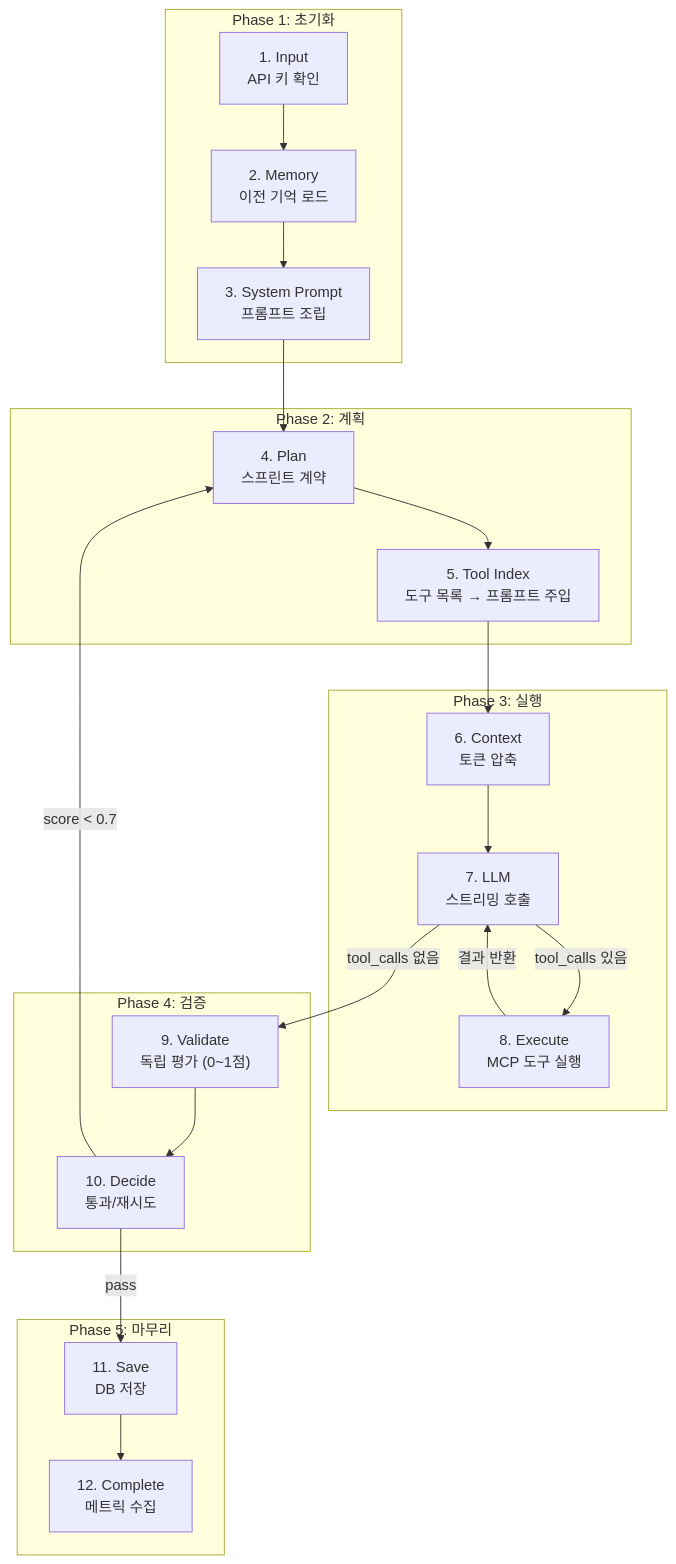
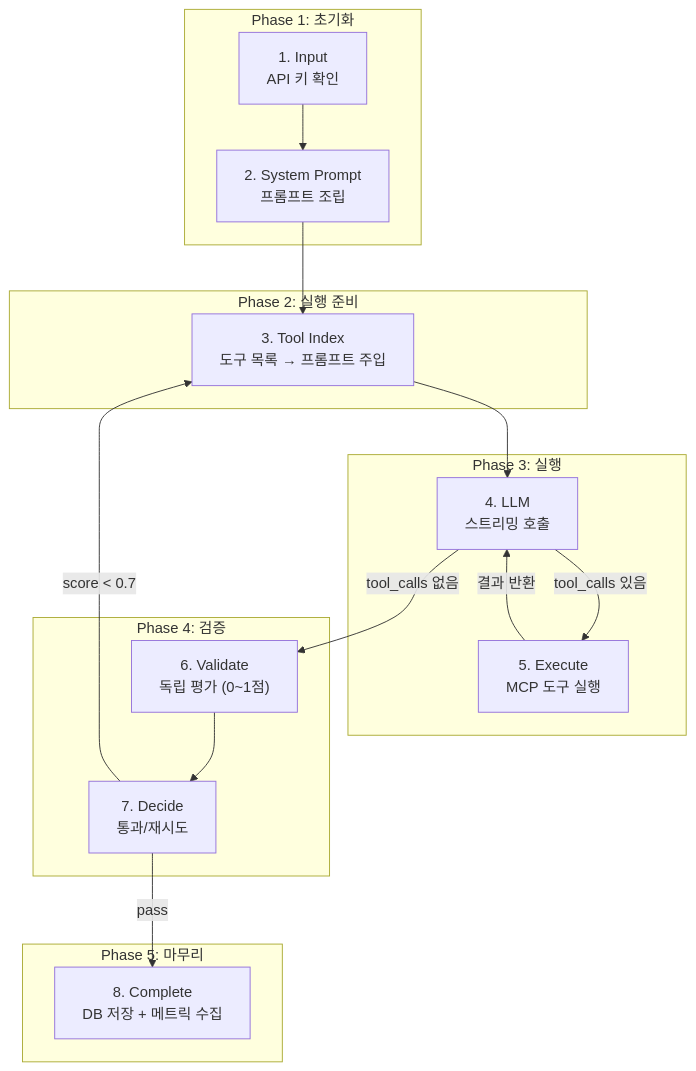
Before and after one commit to jinsoo96/xgen-harness-executor: the second of 3 diagrams in README.md, drawn with Mermaid. The commit also changed other lines of this file, not shown here.

Commit message:
README 업데이트: 8단계 반영 + Plan 완전 삭제 + 다이어그램/테이블/예시 전부 수정

````diff
--- a/README.md
+++ b/README.md
@@ -158,30 +158,26 @@
 ```mermaid
 graph TD
     subgraph "Phase 1: 초기화"
-        S1["1. Input<br/>API 키 확인"] --> S2["2. Memory<br/>이전 기억 로드"]
-        S2 --> S3["3. System Prompt<br/>프롬프트 조립"]
+        S1["1. Input<br/>API 키 확인"] --> S2["2. System Prompt<br/>프롬프트 조립"]
     end
 
-    subgraph "Phase 2: 계획"
-        S3 --> S4["4. Plan<br/>스프린트 계약"]
-        S4 --> S5["5. Tool Index<br/>도구 목록 → 프롬프트 주입"]
+    subgraph "Phase 2: 실행 준비"
+        S2 --> S3["3. Tool Index<br/>도구 목록 → 프롬프트 주입"]
     end
 
     subgraph "Phase 3: 실행"
-        S5 --> S6["6. Context<br/>토큰 압축"]
-        S6 --> S7["7. LLM<br/>스트리밍 호출"]
-        S7 -->|"tool_calls 있음"| S8["8. Execute<br/>MCP 도구 실행"]
-        S8 -->|"결과 반환"| S7
+        S3 --> S4["4. LLM<br/>스트리밍 호출"]
+        S4 -->|"tool_calls 있음"| S5["5. Execute<br/>MCP 도구 실행"]
+        S5 -->|"결과 반환"| S4
     end
 
     subgraph "Phase 4: 검증"
-        S7 -->|"tool_calls 없음"| S9["9. Validate<br/>독립 평가 (0~1점)"]
-        S9 --> S10["10. Decide<br/>통과/재시도"]
-        S10 -->|"score < 0.7"| S4
+        S4 -->|"tool_calls 없음"| S6["6. Validate<br/>독립 평가 (0~1점)"]
+        S6 --> S7["7. Decide<br/>통과/재시도"]
+        S7 -->|"score < 0.7"| S3
     end
 
     subgraph "Phase 5: 마무리"
-        S10 -->|"pass"| S11["11. Save<br/>DB 저장"]
-        S11 --> S12["12. Complete<br/>메트릭 수집"]
+        S7 -->|"pass"| S8["8. Complete<br/>DB 저장 + 메트릭 수집"]
     end
 ```
````
